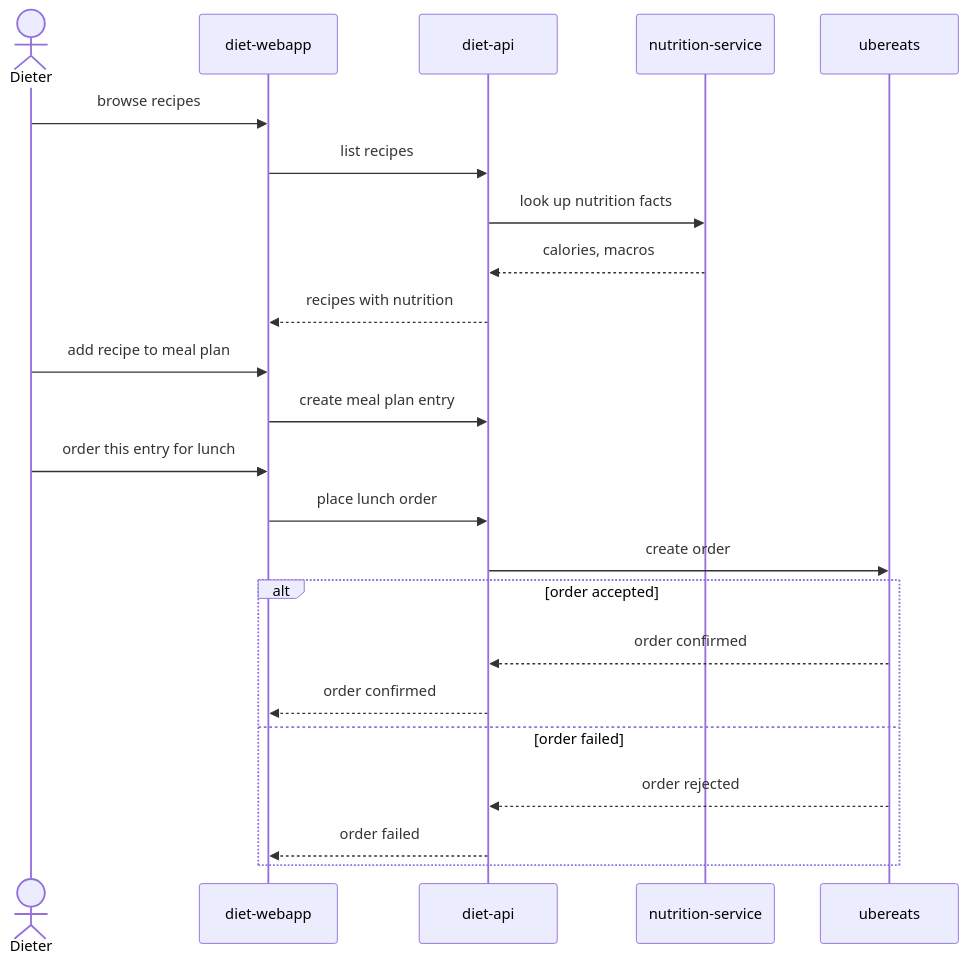
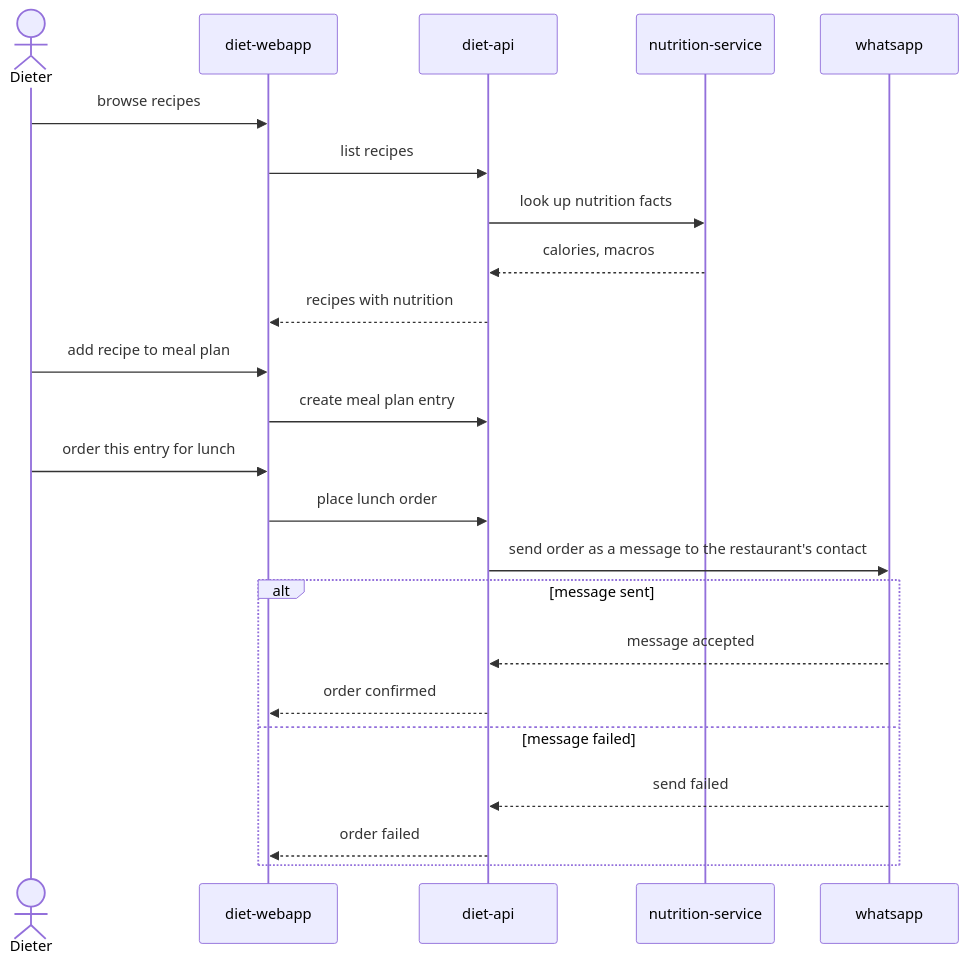
One commit to ae-demo/what-ever changed the diagram in specs/design/flows/plan-and-order-lunch.md. Above: the diagram before and after it, drawn with Mermaid. The commit also changed other lines of this file and 10 other files, not shown here.

````diff
--- a/specs/design/flows/plan-and-order-lunch.md
+++ b/specs/design/flows/plan-and-order-lunch.md
@@ -6,26 +6,26 @@
 ```mermaid
 sequenceDiagram
     actor Dieter
     participant diet-webapp
     participant diet-api
     participant nutrition-service
-    participant ubereats
+    participant whatsapp
 
     Dieter->>diet-webapp: browse recipes
     diet-webapp->>diet-api: list recipes
     diet-api->>nutrition-service: look up nutrition facts
     nutrition-service-->>diet-api: calories, macros
     diet-api-->>diet-webapp: recipes with nutrition
     Dieter->>diet-webapp: add recipe to meal plan
     diet-webapp->>diet-api: create meal plan entry
     Dieter->>diet-webapp: order this entry for lunch
     diet-webapp->>diet-api: place lunch order
-    diet-api->>ubereats: create order
-    alt order accepted
-        ubereats-->>diet-api: order confirmed
+    diet-api->>whatsapp: send order as a message to the restaurant's contact
+    alt message sent
+        whatsapp-->>diet-api: message accepted
         diet-api-->>diet-webapp: order confirmed
-    else order failed
-        ubereats-->>diet-api: order rejected
+    else message failed
+        whatsapp-->>diet-api: send failed
         diet-api-->>diet-webapp: order failed
     end
 ```
````
